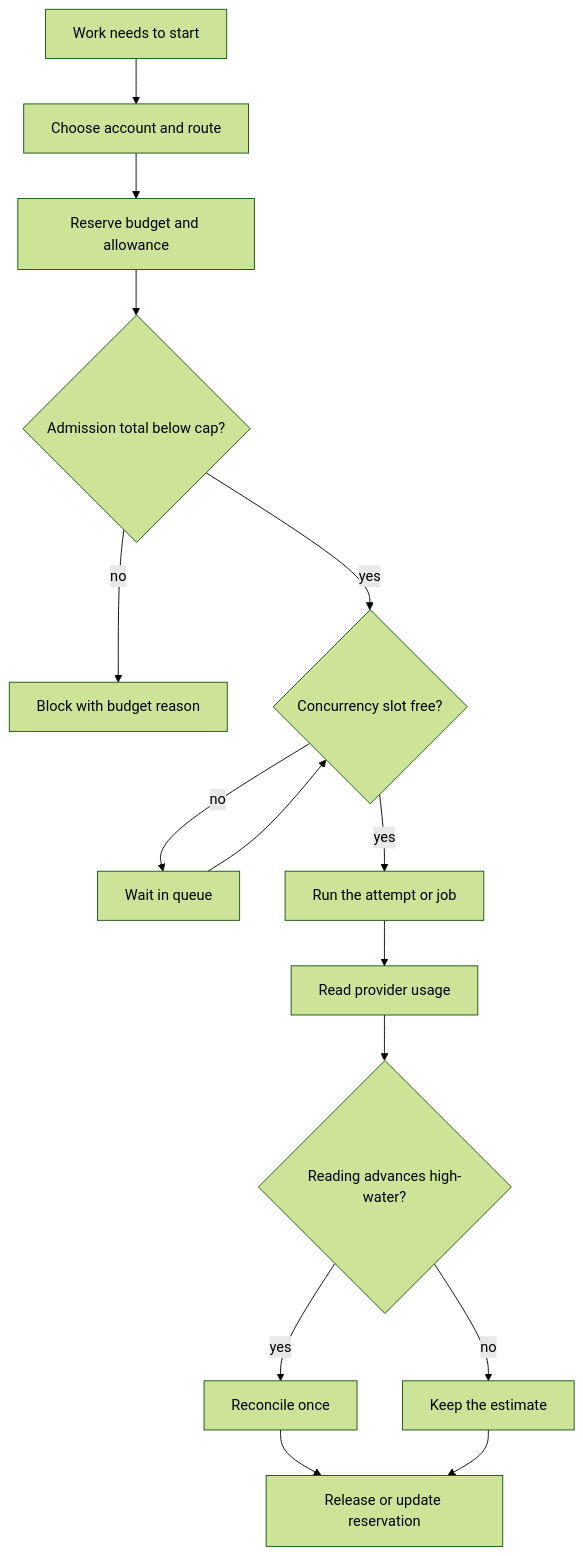
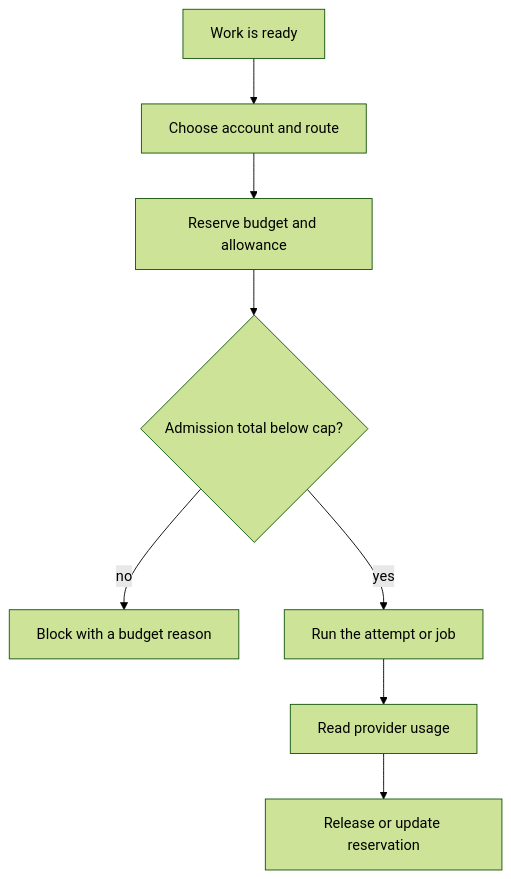
Before and after one commit to piton-lang/factory: the diagram in docs/src/content/docs/guides/routing.md, drawn with Mermaid (forest theme). The commit also changed other lines of this file and 37 other files, not shown here.

````diff
--- a/docs/src/content/docs/guides/routing.md
+++ b/docs/src/content/docs/guides/routing.md
@@ -6,17 +11,10 @@
 ```mermaid
 flowchart TD
-    A["Work needs to start"] --> B["Choose account and route"]
+    A["Work is ready"] --> B["Choose account and route"]
     B --> C["Reserve budget and allowance"]
     C --> D{"Admission total below cap?"}
-    D -->|no| E["Block with budget reason"]
-    D -->|yes| F{"Concurrency slot free?"}
-    F -->|no| G["Wait in queue"]
-    G --> F
-    F -->|yes| H["Run the attempt or job"]
-    H --> I["Read provider usage"]
-    I --> J{"Reading advances high-water?"}
-    J -->|yes| K["Reconcile once"]
-    J -->|no| L["Keep the estimate"]
-    K --> M["Release or update reservation"]
-    L --> M
+    D -->|no| E["Block with a budget reason"]
+    D -->|yes| F["Run the attempt or job"]
+    F --> G["Read provider usage"]
+    G --> H["Release or update reservation"]
 ```
````
